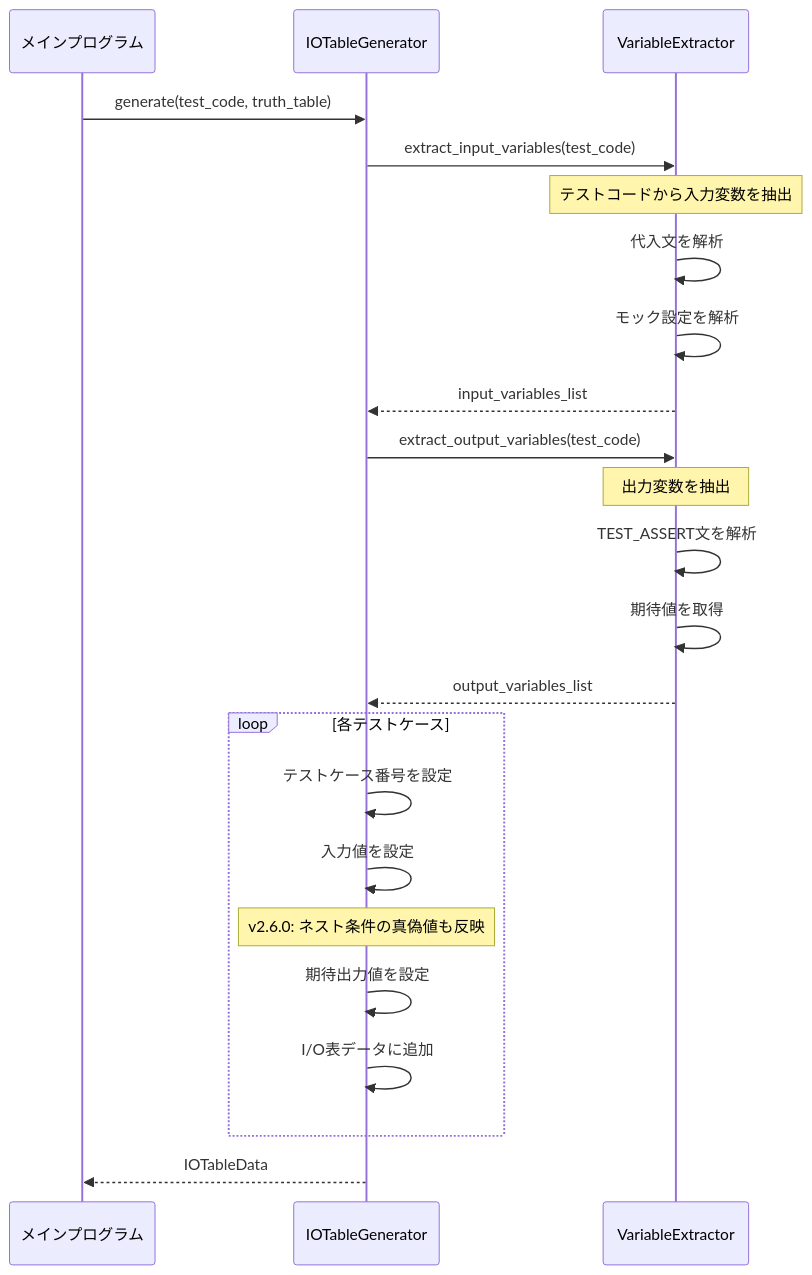
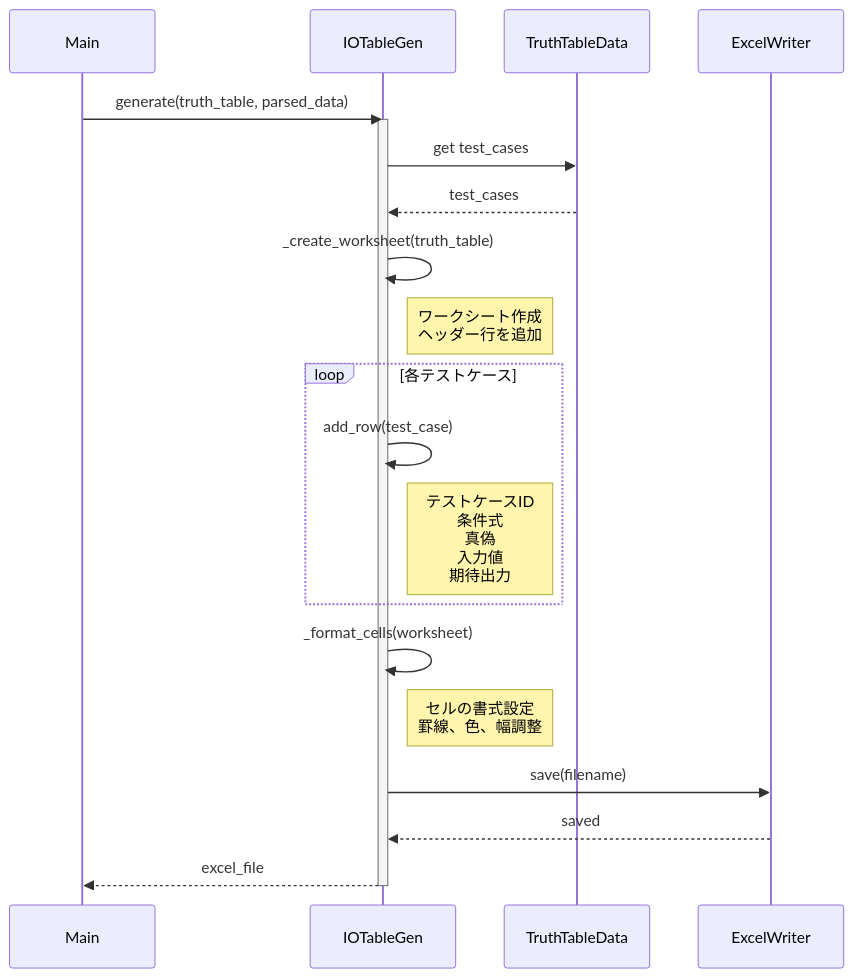
The eighth of 14 diagrams in doc/design_sequence_diagram.md (ryu5791/AutoUniTestGen), drawn with Mermaid before and after one commit. The commit also changed other lines of this file and 4 other files, not shown here.

````diff
--- a/doc/design_sequence_diagram.md
+++ b/doc/design_sequence_diagram.md
@@ -315,30 +306,30 @@
 ```mermaid
 sequenceDiagram
-    participant Main as メインプログラム
-    participant IOTable as IOTableGenerator
-    participant VarExtractor as VariableExtractor
-
-    Main->>IOTable: generate(test_code, truth_table)
+    participant Main
+    participant IOTableGen
+    participant TruthTableData
+    participant ExcelWriter
     
-    IOTable->>VarExtractor: extract_input_variables(test_code)
-    Note over VarExtractor: テストコードから入力変数を抽出
-    VarExtractor->>VarExtractor: 代入文を解析
-    VarExtractor->>VarExtractor: モック設定を解析
-    VarExtractor-->>IOTable: input_variables_list
+    Main->>IOTableGen: generate(truth_table, parsed_data)
+    activate IOTableGen
     
-    IOTable->>VarExtractor: extract_output_variables(test_code)
-    Note over VarExtractor: 出力変数を抽出
-    VarExtractor->>VarExtractor: TEST_ASSERT文を解析
-    VarExtractor->>VarExtractor: 期待値を取得
-    VarExtractor-->>IOTable: output_variables_list
+    IOTableGen->>TruthTableData: get test_cases
+    TruthTableData-->>IOTableGen: test_cases
+    
+    IOTableGen->>IOTableGen: _create_worksheet(truth_table)
+    Note right of IOTableGen: ワークシート作成<br/>ヘッダー行を追加
     
     loop 各テストケース
-        IOTable->>IOTable: テストケース番号を設定
-        IOTable->>IOTable: 入力値を設定
-        Note over IOTable: v2.6.0: ネスト条件の真偽値も反映
-        IOTable->>IOTable: 期待出力値を設定
-        IOTable->>IOTable: I/O表データに追加
+        IOTableGen->>IOTableGen: add_row(test_case)
+        Note right of IOTableGen: テストケースID<br/>条件式<br/>真偽<br/>入力値<br/>期待出力
     end
     
-    IOTable-->>Main: IOTableData
+    IOTableGen->>IOTableGen: _format_cells(worksheet)
+    Note right of IOTableGen: セルの書式設定<br/>罫線、色、幅調整
+    
+    IOTableGen->>ExcelWriter: save(filename)
+    ExcelWriter-->>IOTableGen: saved
+    
+    IOTableGen-->>Main: excel_file
+    deactivate IOTableGen
 ```
````
